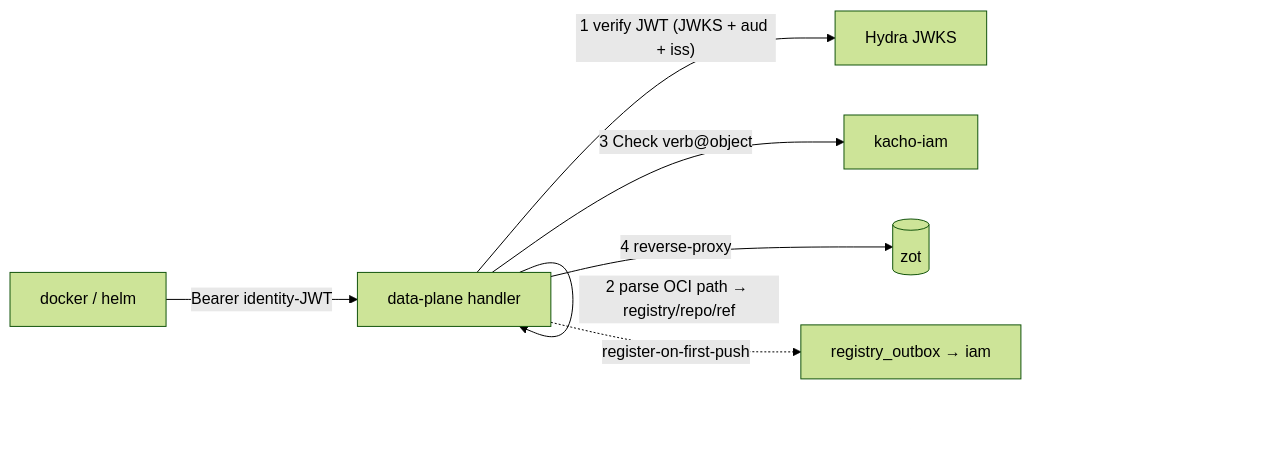
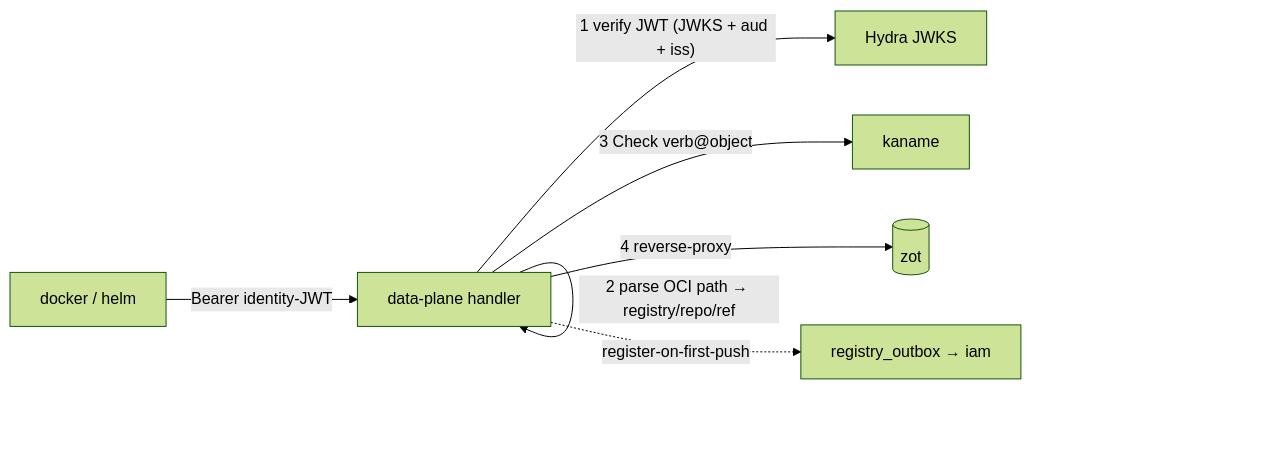
Before and after one commit to PRO-Robotech/kacho: the first of 2 diagrams in services/registry/docs/content/architecture/data-plane.mdx, drawn with Mermaid (forest theme). The commit also changed other lines of this file and 5005 other files, not shown here.

````diff
--- a/services/registry/docs/content/architecture/data-plane.mdx
+++ b/services/registry/docs/content/architecture/data-plane.mdx
@@ -23,9 +23,9 @@
 ```mermaid
 flowchart LR
   docker["docker / helm"] -->|"Bearer identity-JWT"| h["data-plane handler"]
   h -->|"1 verify JWT (JWKS + aud + iss)"| jwks["Hydra JWKS"]
   h -->|"2 parse OCI path → registry/repo/ref"| h
-  h -->|"3 Check verb@object"| iam["kacho-iam"]
+  h -->|"3 Check verb@object"| iam["kaname"]
   h -->|"4 reverse-proxy"| zot[("zot")]
   h -.->|"register-on-first-push"| outbox["registry_outbox → iam"]
 ```
````
